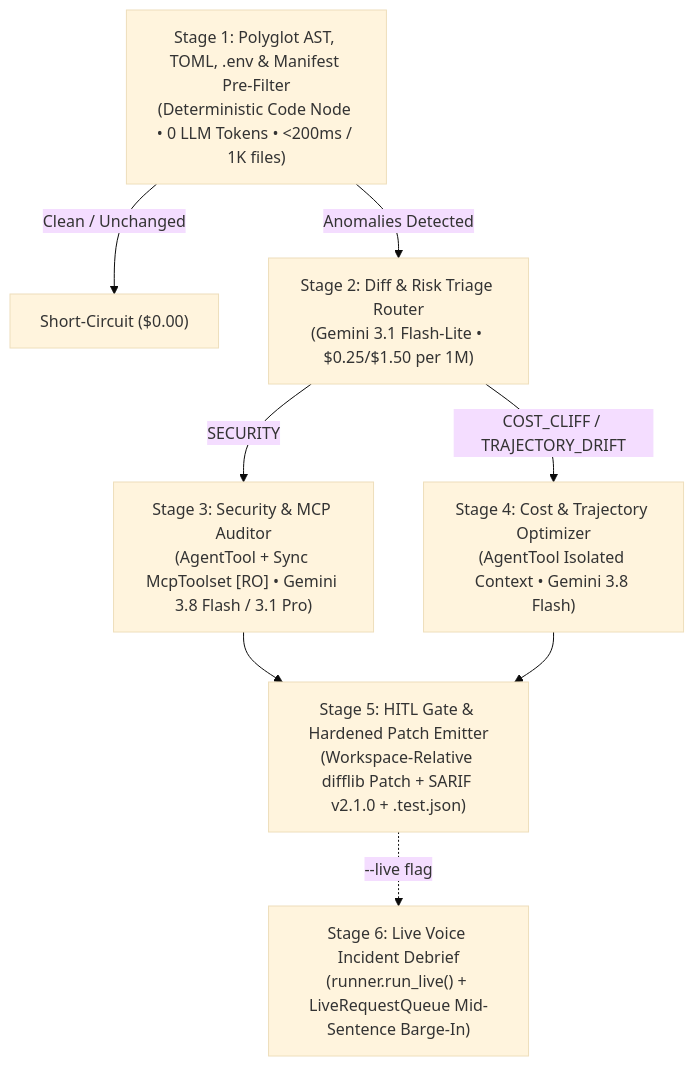
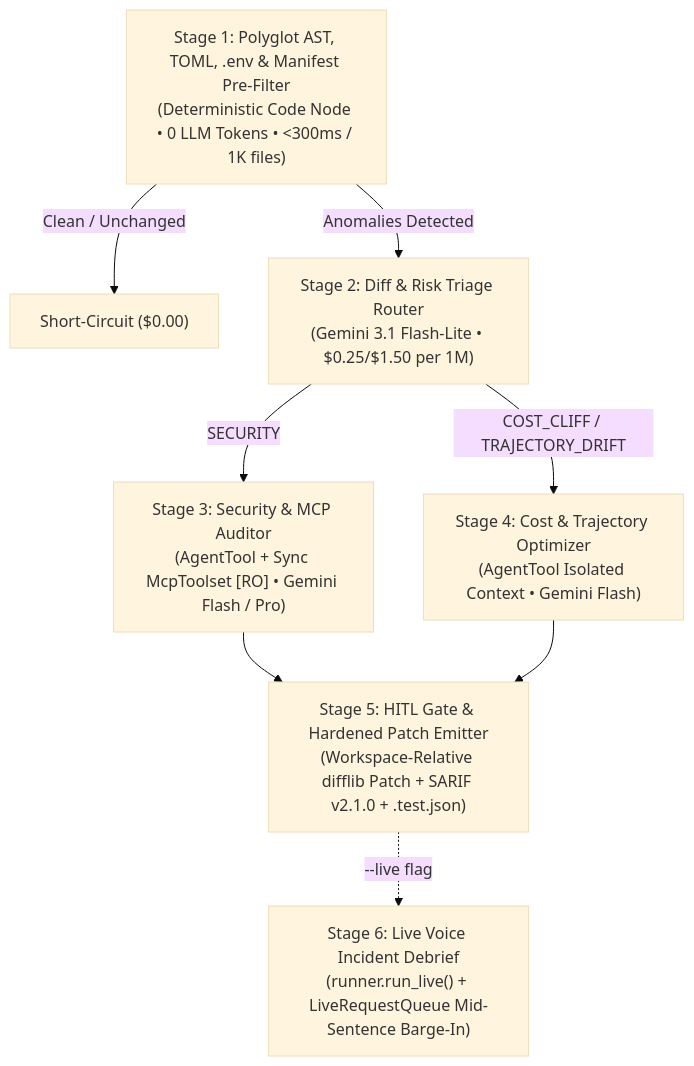
One commit to Chitresh-Bhatia-264/MCPGuard-ADK changed the diagram in README.md. Above: the diagram before and after it, drawn with Mermaid (base theme). The commit also changed other lines of this file and 1 other file, not shown here.

````diff
--- a/README.md
+++ b/README.md
@@ -114,10 +127,10 @@
 ```mermaid
 flowchart TD
-    A["Stage 1: Polyglot AST, TOML, .env & Manifest Pre-Filter<br/>(Deterministic Code Node • 0 LLM Tokens • <200ms / 1K files)"] -->|Clean / Unchanged| Z["Short-Circuit ($0.00)"]
+    A["Stage 1: Polyglot AST, TOML, .env & Manifest Pre-Filter<br/>(Deterministic Code Node • 0 LLM Tokens • <300ms / 1K files)"] -->|Clean / Unchanged| Z["Short-Circuit ($0.00)"]
     A -->|Anomalies Detected| B["Stage 2: Diff & Risk Triage Router<br/>(Gemini 3.1 Flash-Lite • $0.25/$1.50 per 1M)"]
-    B -->|SECURITY| C["Stage 3: Security & MCP Auditor<br/>(AgentTool + Sync McpToolset [RO] • Gemini 3.8 Flash / 3.1 Pro)"]
-    B -->|COST_CLIFF / TRAJECTORY_DRIFT| D["Stage 4: Cost & Trajectory Optimizer<br/>(AgentTool Isolated Context • Gemini 3.8 Flash)"]
+    B -->|SECURITY| C["Stage 3: Security & MCP Auditor<br/>(AgentTool + Sync McpToolset [RO] • Gemini Flash / Pro)"]
+    B -->|COST_CLIFF / TRAJECTORY_DRIFT| D["Stage 4: Cost & Trajectory Optimizer<br/>(AgentTool Isolated Context • Gemini Flash)"]
     C --> E["Stage 5: HITL Gate & Hardened Patch Emitter<br/>(Workspace-Relative difflib Patch + SARIF v2.1.0 + .test.json)"]
     D --> E
     E -.->|--live flag| F["Stage 6: Live Voice Incident Debrief<br/>(runner.run_live() + LiveRequestQueue Mid-Sentence Barge-In)"]
 ```
````
